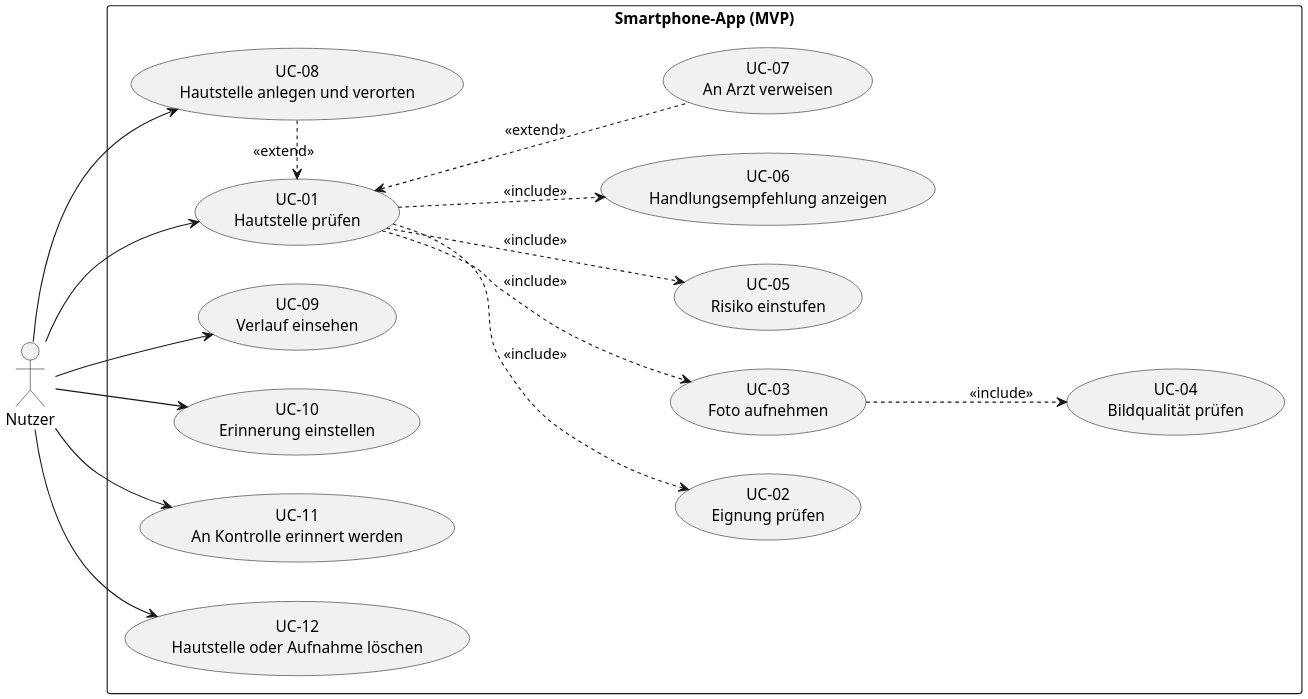
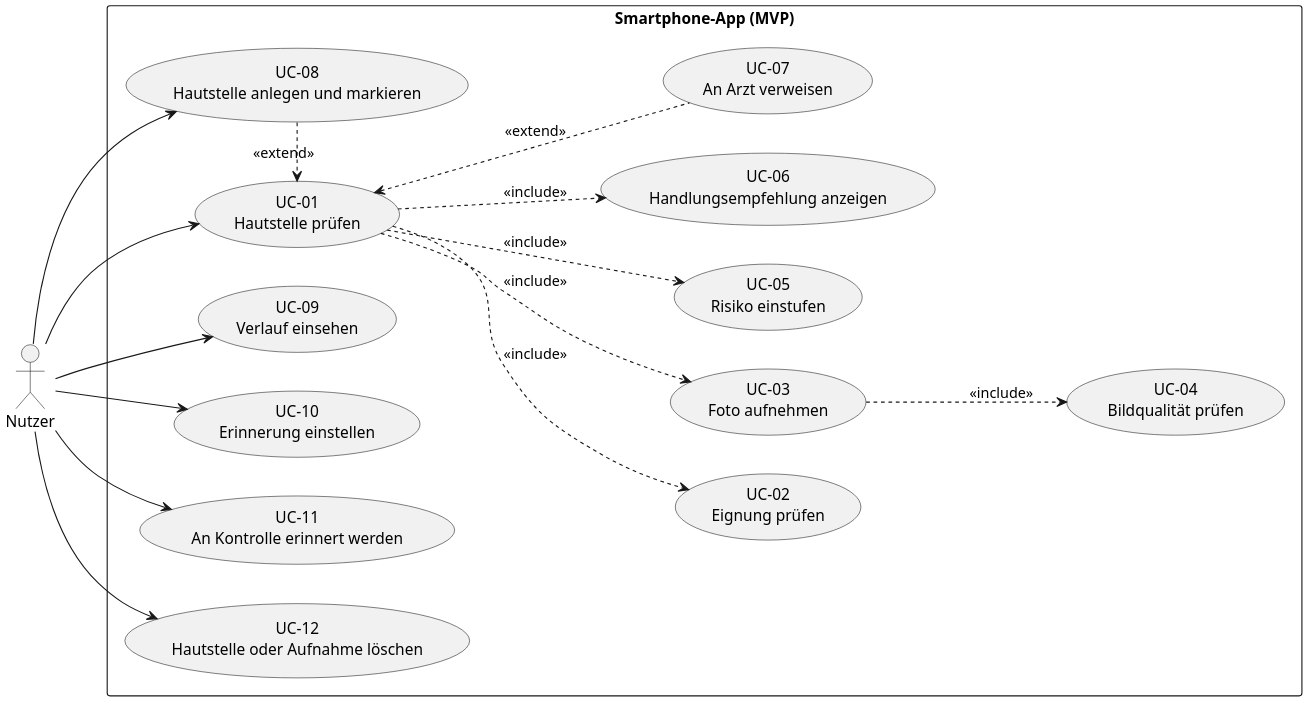
Before and after one commit to alexErh/mse-projekt: the diagram in docs/konzept/use-case-diagramm.puml, drawn with PlantUML. The commit also changed 9 other files, not shown here.

```diff
--- a/docs/konzept/use-case-diagramm.puml
+++ b/docs/konzept/use-case-diagramm.puml
@@ -1,39 +1,39 @@
 @startuml use-case-diagramm
 left to right direction
 skinparam packageStyle rectangle
 skinparam shadowing false
 skinparam defaultFontName Arial
 skinparam dpi 200
 
 actor "Nutzer" as Nutzer
 
 rectangle "Smartphone-App (MVP)" {
   usecase "UC-01\nHautstelle prüfen" as UC01
   usecase "UC-02\nEignung prüfen" as UC02
   usecase "UC-03\nFoto aufnehmen" as UC03
   usecase "UC-04\nBildqualität prüfen" as UC04
   usecase "UC-05\nRisiko einstufen" as UC05
   usecase "UC-06\nHandlungsempfehlung anzeigen" as UC06
   usecase "UC-07\nAn Arzt verweisen" as UC07
-  usecase "UC-08\nHautstelle anlegen und verorten" as UC08
+  usecase "UC-08\nHautstelle anlegen und markieren" as UC08
   usecase "UC-09\nVerlauf einsehen" as UC09
   usecase "UC-10\nErinnerung einstellen" as UC10
   usecase "UC-11\nAn Kontrolle erinnert werden" as UC11
   usecase "UC-12\nHautstelle oder Aufnahme löschen" as UC12
 }
 
 Nutzer --> UC08
 Nutzer --> UC01
 Nutzer --> UC09
 Nutzer --> UC10
 Nutzer --> UC11
 Nutzer --> UC12
 
 UC01 ..> UC02 : <<include>>
 UC01 ..> UC03 : <<include>>
 UC01 ..> UC05 : <<include>>
 UC01 ..> UC06 : <<include>>
 UC03 ..> UC04 : <<include>>
 UC01 <.. UC07 : <<extend>>
 UC08 .> UC01 : <<extend>>
 @enduml
```
